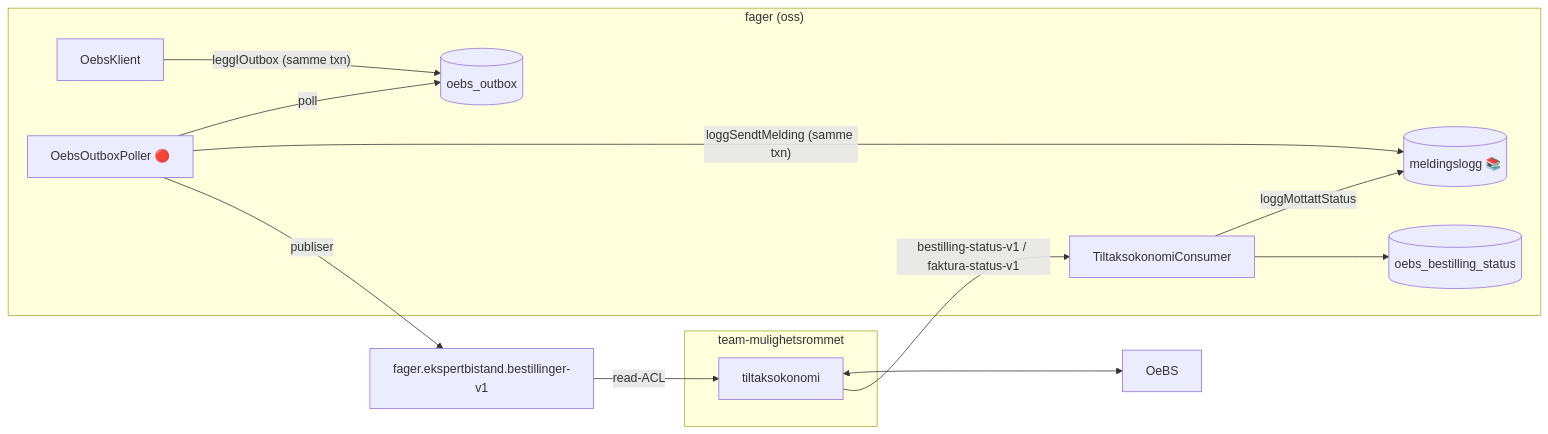
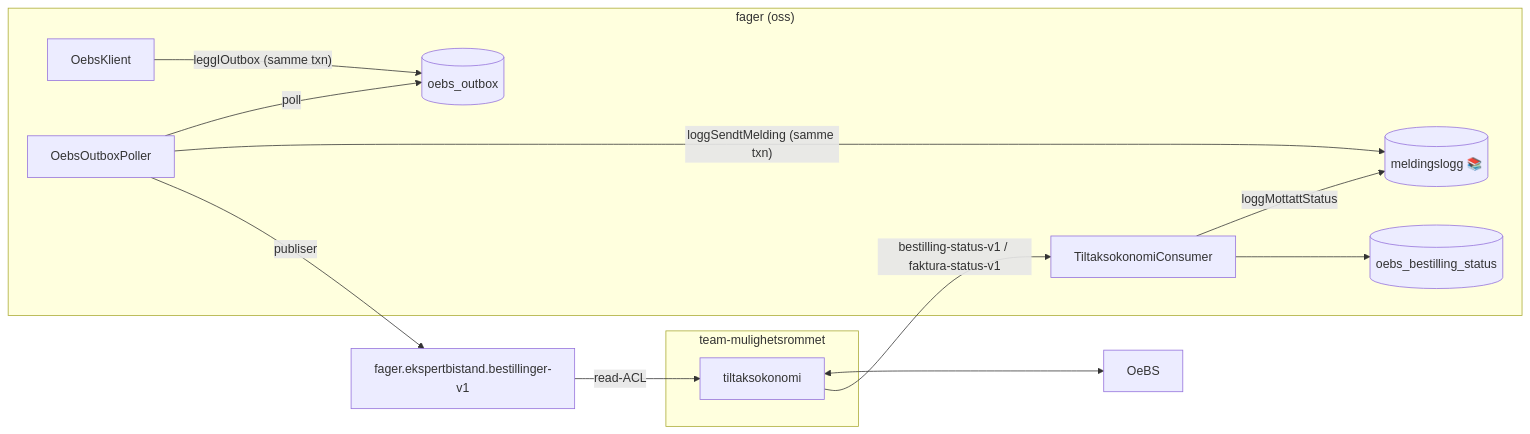
One commit to navikt/ekspertbistand changed the first of 3 diagrams in backend/src/main/kotlin/no/nav/ekspertbistand/oebs/README.md. Above: the diagram before and after it, drawn with Mermaid. The commit also changed other lines of this file and 3 other files, not shown here.

First line of the commit message:
feat(oebs): implementer outbox-poller for utgående tiltaksøkonomi-meldinger

````diff
--- a/backend/src/main/kotlin/no/nav/ekspertbistand/oebs/README.md
+++ b/backend/src/main/kotlin/no/nav/ekspertbistand/oebs/README.md
@@ -19,27 +19,27 @@
 ```mermaid
 flowchart LR
     subgraph fager["fager (oss)"]
         klient["OebsKlient"]
         outbox[("oebs_outbox")]
-        poller["OebsOutboxPoller 🔴"]
+        poller["OebsOutboxPoller"]
         status["TiltaksokonomiConsumer"]
         statusdb[("oebs_bestilling_status")]
         logg[("meldingslogg 📚")]
     end
 
     subgraph valp["team-mulighetsrommet"]
         tokonomi["tiltaksokonomi"]
     end
 
     oebs["OeBS"]
 
     klient -- "leggIOutbox (samme txn)" --> outbox
     poller -- "poll" --> outbox
     poller -- "loggSendtMelding (samme txn)" --> logg
     poller -- "publiser" --> topic["fager.ekspertbistand.bestillinger-v1"]
     topic -- "read-ACL" --> tokonomi
     tokonomi <--> oebs
     tokonomi -- "bestilling-status-v1 / faktura-status-v1" --> status
     status -- "loggMottattStatus" --> logg
     status --> statusdb
 ```
````
